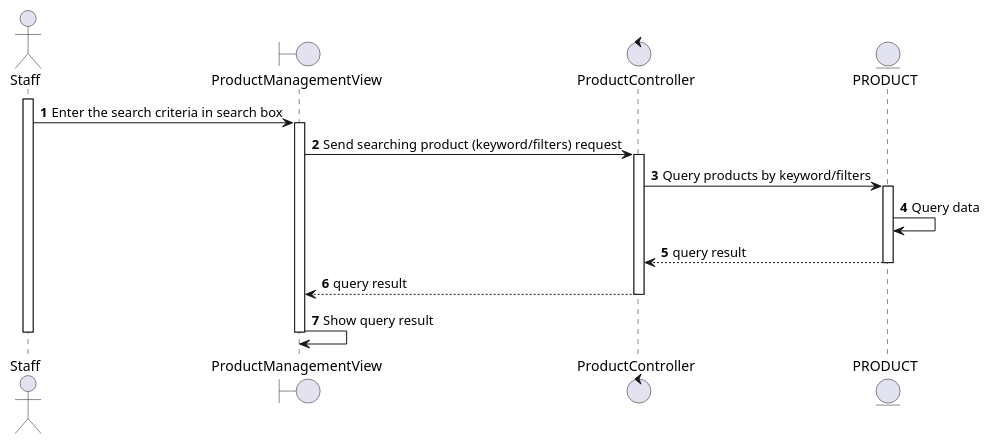
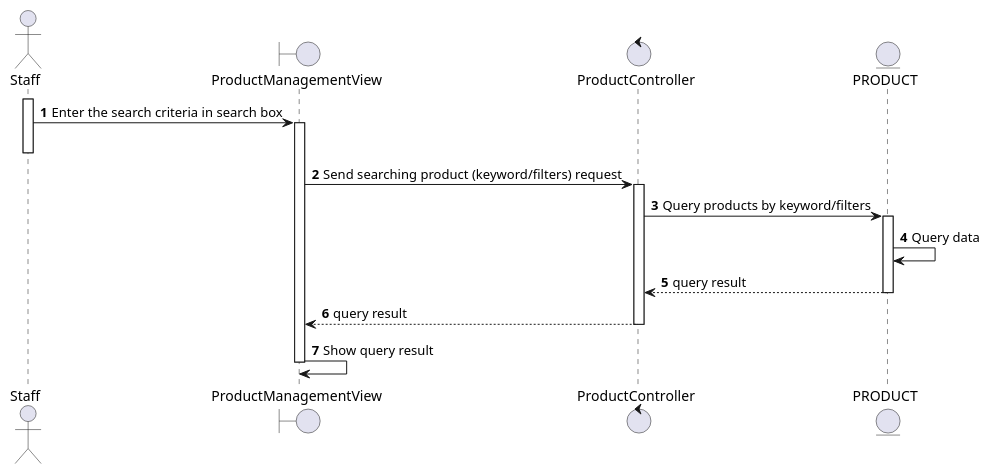
The diagram in docs/software-docs/sequence/manage-product/search-product.md (electricilies/electricilies.github.io), drawn with PlantUML before and after one commit. The commit also changed other lines of this file and 4 other files, not shown here.

````diff
--- a/docs/software-docs/sequence/manage-product/search-product.md
+++ b/docs/software-docs/sequence/manage-product/search-product.md
@@ -3,27 +3,27 @@
 ```plantuml
 @startuml
 autonumber
 
 actor Staff as S
 boundary ProductManagementView as PMV
 control ProductController as PC
 entity PRODUCT as P
 
 activate S
 S -> PMV: Enter the search criteria in search box
 activate PMV
+deactivate S
 PMV -> PC: Send searching product (keyword/filters) request
 activate PC
 PC -> P: Query products by keyword/filters
 activate P
 P -> P: Query data
 PC <-- P: query result
 deactivate P
 PMV <-- PC: query result
 deactivate PC
 PMV -> PMV: Show query result
 deactivate PMV
-deactivate S
 
 @enduml
 ```
````
